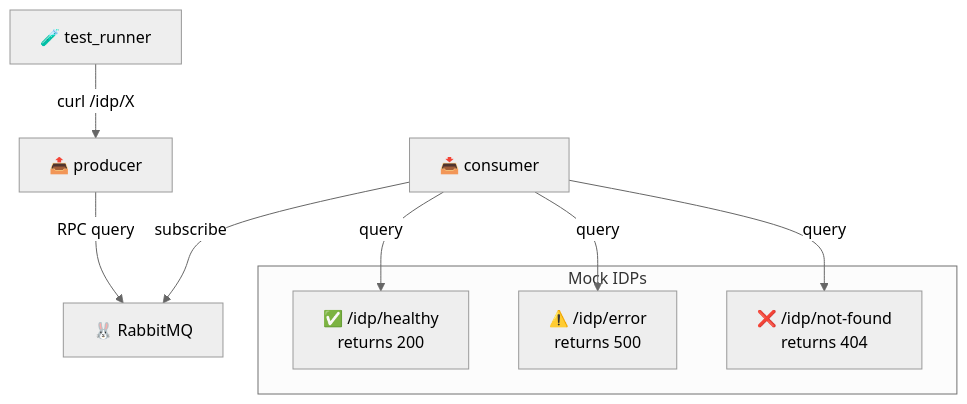
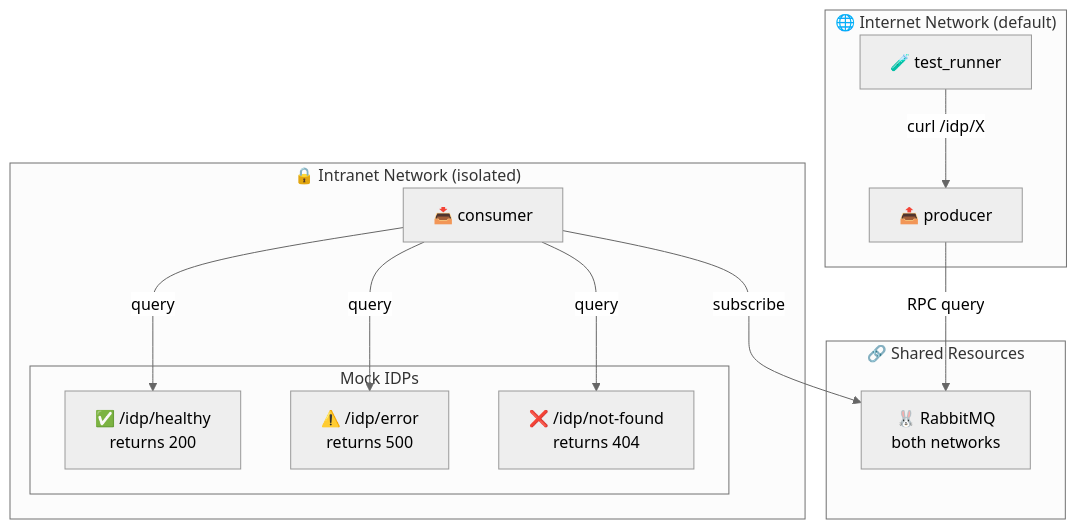
Before and after one commit to proconnect-gouv/idp-status-monitoring: the diagram in examples/idp_error_handling/README.md, drawn with Mermaid (neutral theme). The commit also changed 2 other files, not shown here.

Commit message:
docs: enhance architecture diagrams with network subgraphs
- Added internet (🌐) and intranet (🔒) network subgraphs to all examples
- Added shared resources (🔗) subgraph for RabbitMQ broker
- Improved diagram clarity showing network boundaries and isolation
- Added emojis to subgraph titles for visual distinction

````diff
--- a/examples/idp_error_handling/README.md
+++ b/examples/idp_error_handling/README.md
@@ -7,20 +7,27 @@
 ```mermaid
 graph TB
-    test["🧪 test_runner"]
-    producer["📤 producer"]
-    consumer["📥 consumer"]
-    rabbitmq["🐰 RabbitMQ"]
+    subgraph internet["🌐 Internet Network (default)"]
+        test["🧪 test_runner"]
+        producer["📤 producer"]
+    end
 
-    subgraph idps["Mock IDPs"]
-        healthy["✅ /idp/healthy<br/>returns 200"]
-        error["⚠️ /idp/error<br/>returns 500"]
-        notfound["❌ /idp/not-found<br/>returns 404"]
+    subgraph intranet["🔒 Intranet Network (isolated)"]
+        consumer["📥 consumer"]
+        subgraph idps["Mock IDPs"]
+            healthy["✅ /idp/healthy<br/>returns 200"]
+            error["⚠️ /idp/error<br/>returns 500"]
+            notfound["❌ /idp/not-found<br/>returns 404"]
+        end
+    end
+
+    subgraph shared["🔗 Shared Resources"]
+        rabbitmq["🐰 RabbitMQ<br/>both networks"]
     end
 
     test -->|curl /idp/X| producer
     producer -->|RPC query| rabbitmq
     consumer -->|subscribe| rabbitmq
     consumer -->|query| healthy
     consumer -->|query| error
     consumer -->|query| notfound
 ```
````
